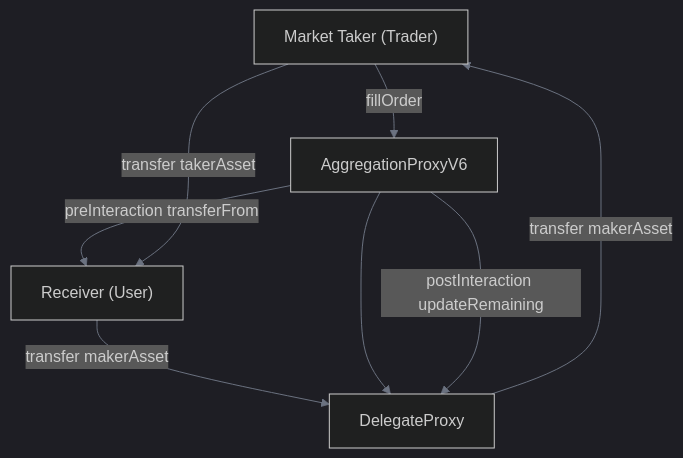
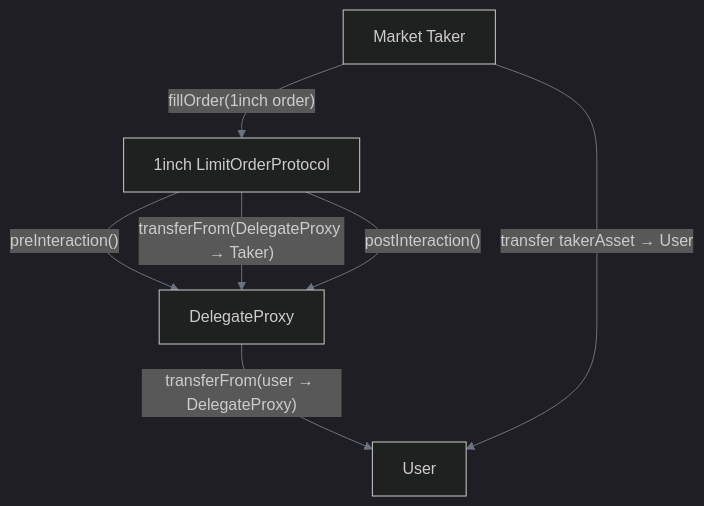
The third of 4 diagrams in docs/1edge/order-lifecycle.md (pde-rent/1edge), drawn with Mermaid before and after one commit. The commit also changed other lines of this file and 25 other files, not shown here.

````diff
--- a/docs/1edge/order-lifecycle.md
+++ b/docs/1edge/order-lifecycle.md
@@ -52,9 +52,10 @@
 ```mermaid
 %%{init: {'theme':'dark', 'themeVariables': {'primaryColor':'#22c55e','background':'transparent','primaryBorderColor':'#22c55e','lineColor':'#6b7280','sectionBkgColor':'transparent','altSectionBkgColor':'transparent','clusterBkg':'transparent','clusterBorder':'#6b7280'}}}%%
 graph TD
-    A["Market Taker (Trader)"] --fillOrder--> B[AggregationProxyV6]
-    B --preInteraction transferFrom--> C["Receiver (User)"] --transfer makerAsset--> D[DelegateProxy]
-    B --> D --transfer makerAsset--> A
-    A --transfer takerAsset--> C
-    B --postInteraction updateRemaining--> D
+    A["Market Taker"] --"fillOrder(1inch order)"--> B[1inch LimitOrderProtocol]
+    B --"preInteraction()"--> C[DelegateProxy]
+    C --"transferFrom(user → DelegateProxy)"--> D[User]
+    B --"transferFrom(DelegateProxy → Taker)"--> C
+    A --"transfer takerAsset → User"--> D
+    B --"postInteraction()"--> C
 ```
````
